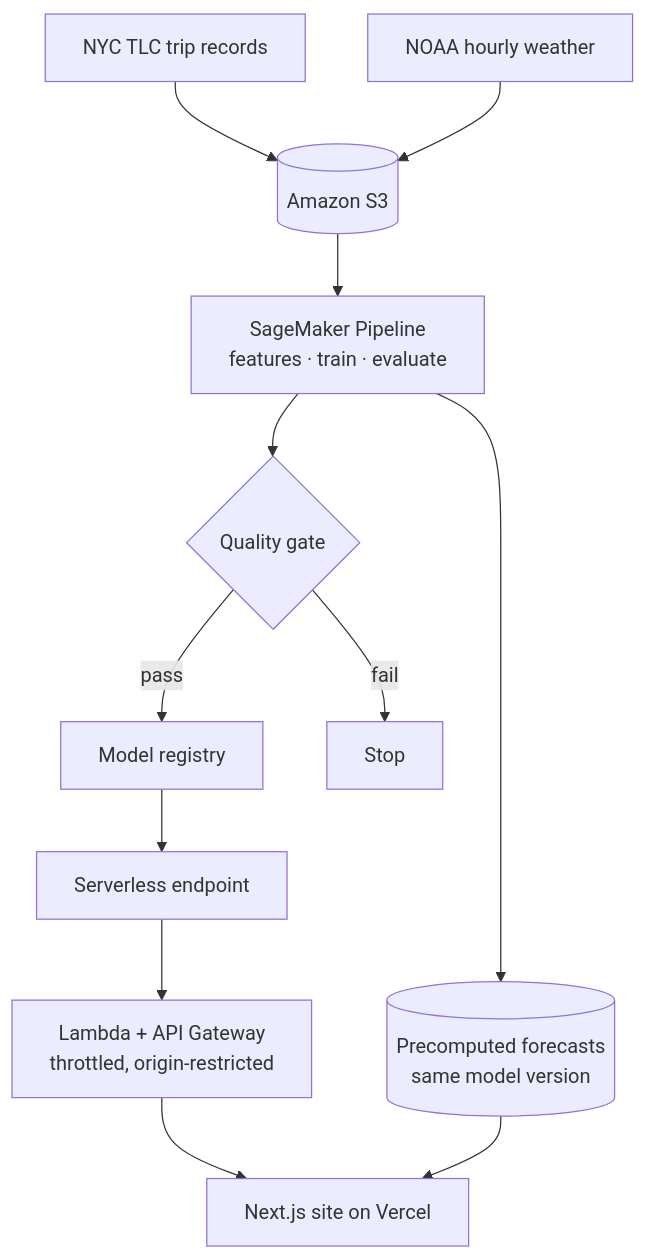
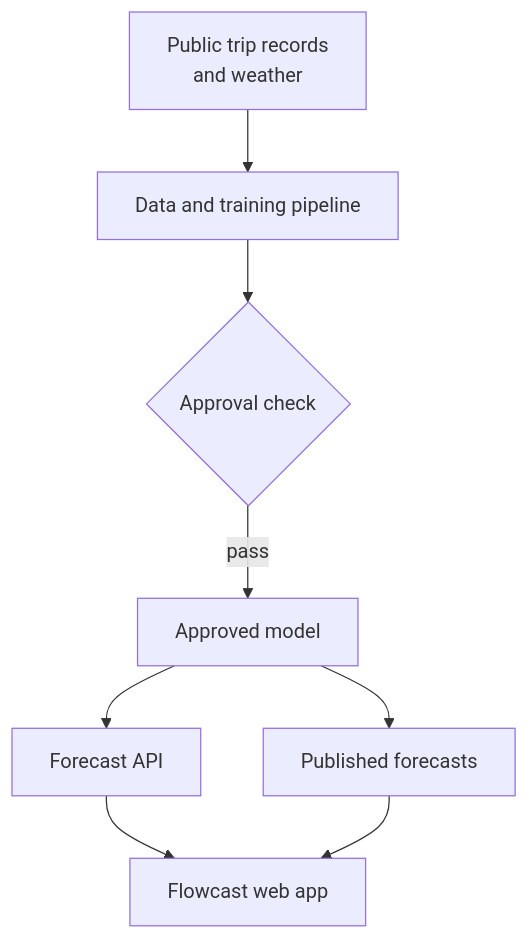
Before and after one commit to DavisHiggins/flowcast-showcase: the diagram in README.md, drawn with Mermaid. The commit also changed other lines of this file and 7 other files, not shown here.

````diff
--- a/README.md
+++ b/README.md
@@ -48,14 +54,10 @@
 ```mermaid
 flowchart TB
-    TLC[NYC TLC trip records] --> S3[(Amazon S3)]
-    NOAA[NOAA hourly weather] --> S3
-    S3 --> P[SageMaker Pipeline<br/>features · train · evaluate]
-    P --> G{Quality gate}
-    G -- pass --> R[Model registry]
-    G -- fail --> X[Stop]
-    R --> E[Serverless endpoint]
-    E --> L[Lambda + API Gateway<br/>throttled, origin-restricted]
-    P --> F[(Precomputed forecasts<br/>same model version)]
-    L --> W[Next.js site on Vercel]
+    D[Public trip records<br/>and weather] --> P[Data and training pipeline]
+    P --> G{Approval check}
+    G -- pass --> M[Approved model]
+    M --> A[Forecast API]
+    M --> F[Published forecasts]
+    A --> W[Flowcast web app]
     F --> W
 ```
````
